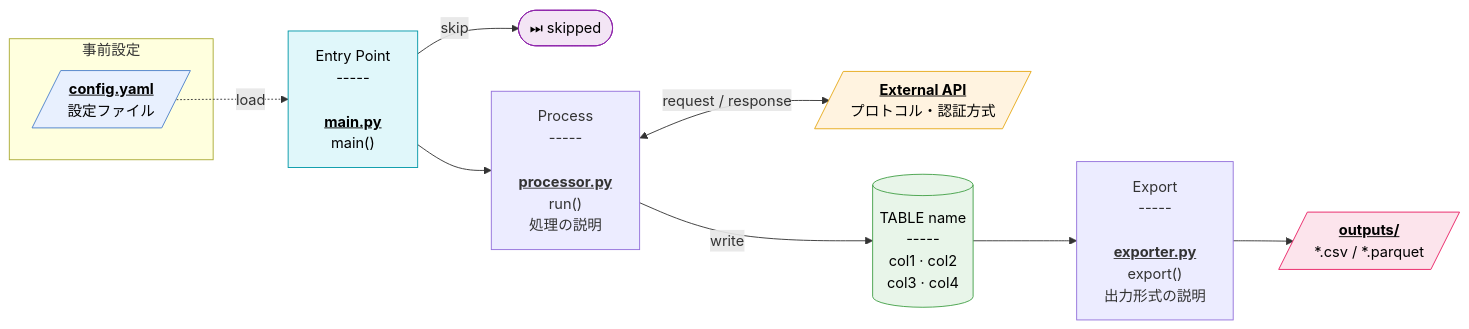
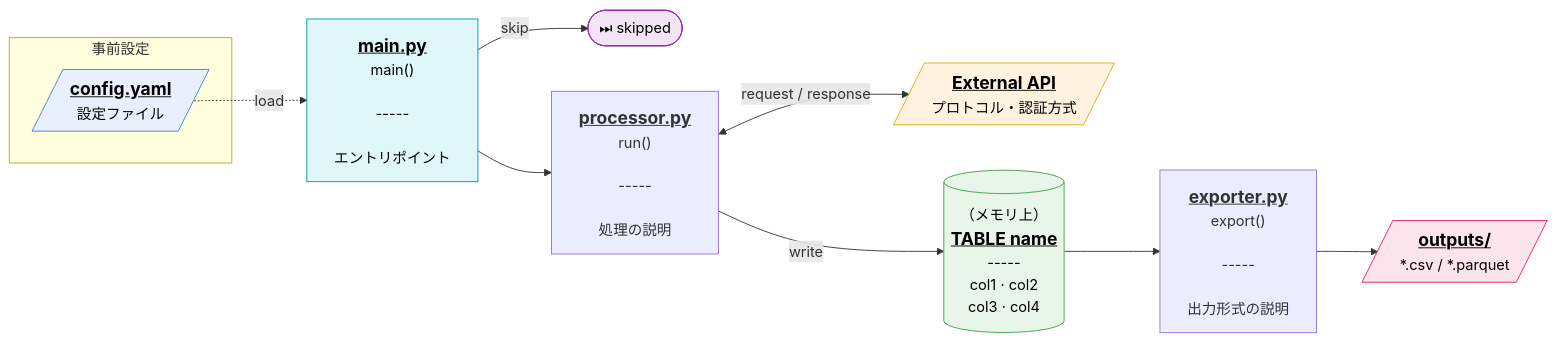
One commit to azu-azu/api-bulk-downloader changed the second of 2 diagrams in docs/mermaid-conventions.md. Above: the diagram before and after it, drawn with Mermaid. The commit also changed other lines of this file and 2 other files, not shown here.

First line of the commit message:
Update diagram styles and restore runner comments

````diff
--- a/docs/mermaid-conventions.md
+++ b/docs/mermaid-conventions.md
@@ -185,35 +203,35 @@
 ```mermaid
 flowchart LR
-    ENTRY["Entry Point<br>-----<br><br><u><b>main.py</b></u><br>main()"]
+    ENTRY["<u><b><big>main.py</big></u></b><br>main()<br><br>-----<br><br>エントリポイント"]
 
     %% inputs (auxiliary)
     subgraph PRE ["事前設定"]
-        CFG[/"<u><b>config.yaml</b></u><br>設定ファイル"/]
+        CFG[/"<u><b><big>config.yaml</big></u></b><br>設定ファイル"/]
     end
     CFG -.->|"load"| ENTRY
 
     %% runtime flow
     ENTRY -->|"skip"| SKIP(["⏭ skipped"])
-    ENTRY --> PROC["Process<br>-----<br><br><u><b>processor.py</b></u><br>run()<br>処理の説明"]
+    ENTRY --> PROC["<u><b><big>processor.py</big></u></b><br>run()<br><br>-----<br><br>処理の説明"]
 
-    PROC <-->|"request / response"| EXT[/"<u><b>External API</b></u><br>プロトコル・認証方式"/]
-    PROC -->|"write"| TBL[("TABLE name<br>-----<br>col1 · col2<br>col3 · col4")]
+    PROC <-->|"request / response"| EXT[/"<u><b><big>External API</big></u></b><br>プロトコル・認証方式"/]
+    PROC -->|"write"| TBL[("（メモリ上）<br><u><b><big>TABLE name</big></u></b><br>-----<br>col1 · col2<br>col3 · col4")]
 
     %% outputs
-    TBL --> EXPORT["Export<br>-----<br><br><u><b>exporter.py</b></u><br>export()<br>出力形式の説明"]
-    EXPORT --> OUT[/"<u><b>outputs/</b></u><br>*.csv / *.parquet"/]
+    TBL --> EXPORT["<u><b><big>exporter.py</big></u></b><br>export()<br><br>-----<br><br>出力形式の説明"]
+    EXPORT --> OUT[/"<u><b><big>outputs/</big></u></b><br>*.csv / *.parquet"/]
 
     classDef entry fill:#e0f7fa,stroke:#0097a7,color:#000
     classDef file  fill:#e8f0fe,stroke:#4a7fcb,color:#000
     classDef ext   fill:#fff3e0,stroke:#e6a817,color:#000
     classDef db    fill:#e8f5e9,stroke:#43a047,color:#000
     classDef term  fill:#f3e5f5,stroke:#8e24aa,color:#000
     classDef out   fill:#fce4ec,stroke:#e91e63,color:#000
 
     class ENTRY entry
     class CFG file
     class EXT ext
     class TBL db
     class SKIP term
     class OUT out
 ```
````
